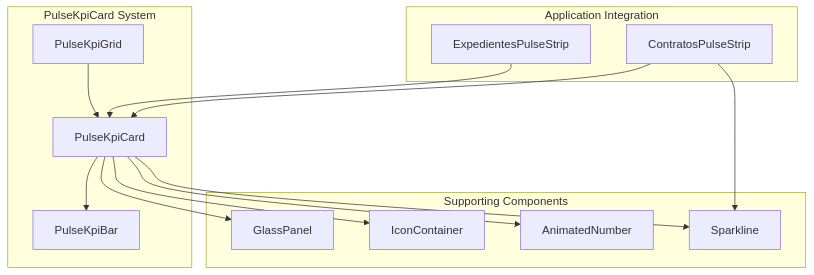
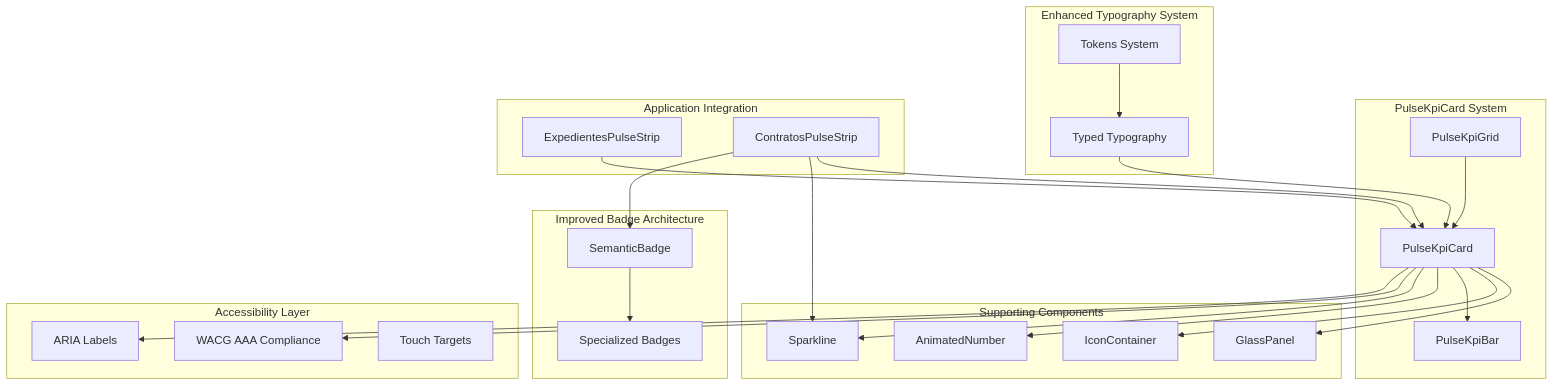
One commit to SinesysTech/zattar-os changed the first of 3 diagrams in .qoder/repowiki/en/content/Design System/PulseKpiCard Component System.md. Above: the diagram before and after it, drawn with Mermaid. The commit also changed other lines of this file and 22 other files, not shown here.

````diff
--- a/.qoder/repowiki/en/content/Design System/PulseKpiCard Component System.md
+++ b/.qoder/repowiki/en/content/Design System/PulseKpiCard Component System.md
@@ -36,27 +52,46 @@
 ```mermaid
 graph TB
 subgraph "PulseKpiCard System"
 PKC[PulseKpiCard]
 PKB[PulseKpiBar]
 PKG[PulseKpiGrid]
 end
+subgraph "Enhanced Typography System"
+TK[Tokens System]
+TY[Typed Typography]
+end
+subgraph "Improved Badge Architecture"
+SB[SemanticBadge]
+SBS[Specialized Badges]
+end
 subgraph "Supporting Components"
 GP[GlassPanel]
 IC[IconContainer]
 AN[AnimatedNumber]
 SP[Sparkline]
+end
+subgraph "Accessibility Layer"
+WC[WACG AAA Compliance]
+ARIA[ARIA Labels]
+TF[Touch Targets]
 end
 subgraph "Application Integration"
 EPS[ExpedientesPulseStrip]
 CPS[ContratosPulseStrip]
 end
 PKC --> GP
 PKC --> IC
 PKC --> PKB
 PKC --> AN
 PKC --> SP
+PKC --> WC
+PKC --> ARIA
 PKG --> PKC
+SB --> SBS
+TY --> PKC
+TK --> TY
 EPS --> PKC
 CPS --> PKC
 CPS --> SP
+CPS --> SB
 ```
````
